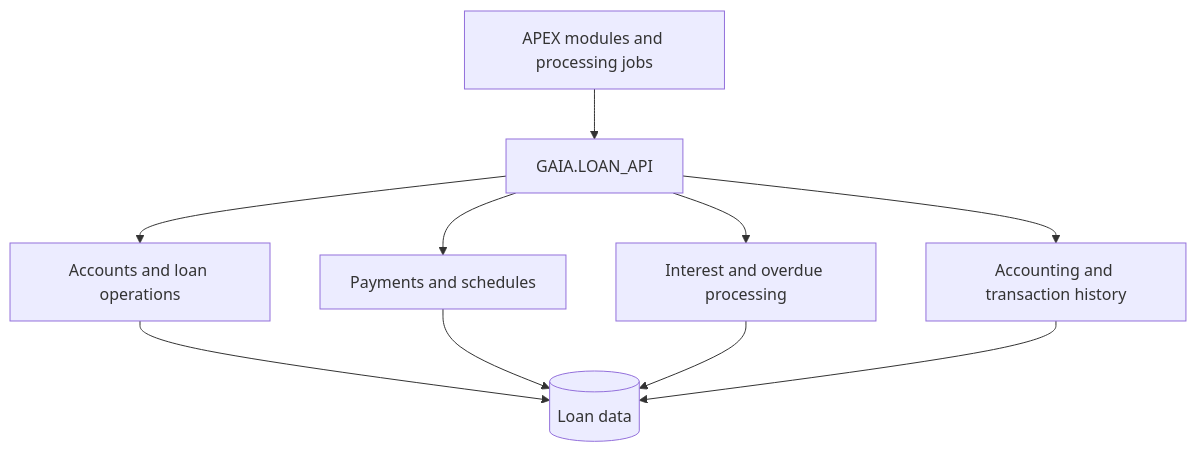
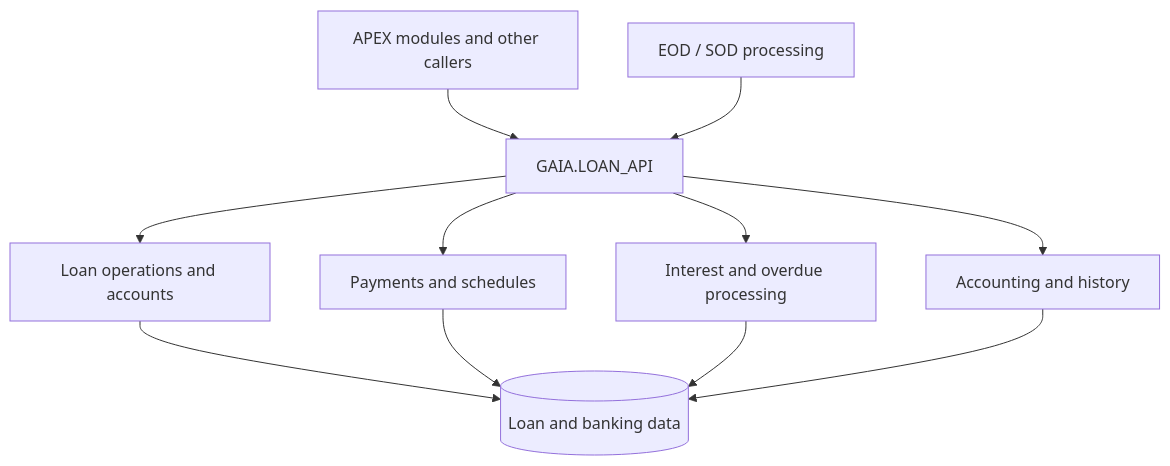
The diagram in docs/index.md (SadayCb/gni-documentation-poc7.0), drawn with Mermaid before and after one commit. The commit also changed other lines of this file, not shown here.

````diff
--- a/docs/index.md
+++ b/docs/index.md
@@ -39,12 +39,13 @@
 ```mermaid
 flowchart TD
-    A[APEX modules and processing jobs] --> B[GAIA.LOAN_API]
-    B --> C[Accounts and loan operations]
-    B --> D[Payments and schedules]
-    B --> E[Interest and overdue processing]
-    B --> F[Accounting and transaction history]
-    C --> G[(Loan data)]
-    D --> G
-    E --> G
-    F --> G
+  A[APEX modules and other callers] --> API[GAIA.LOAN_API]
+  B[EOD / SOD processing] --> API
+  API --> C[Loan operations and accounts]
+  API --> D[Payments and schedules]
+  API --> E[Interest and overdue processing]
+  API --> F[Accounting and history]
+  C --> DB[(Loan and banking data)]
+  D --> DB
+  E --> DB
+  F --> DB
 ```
````
